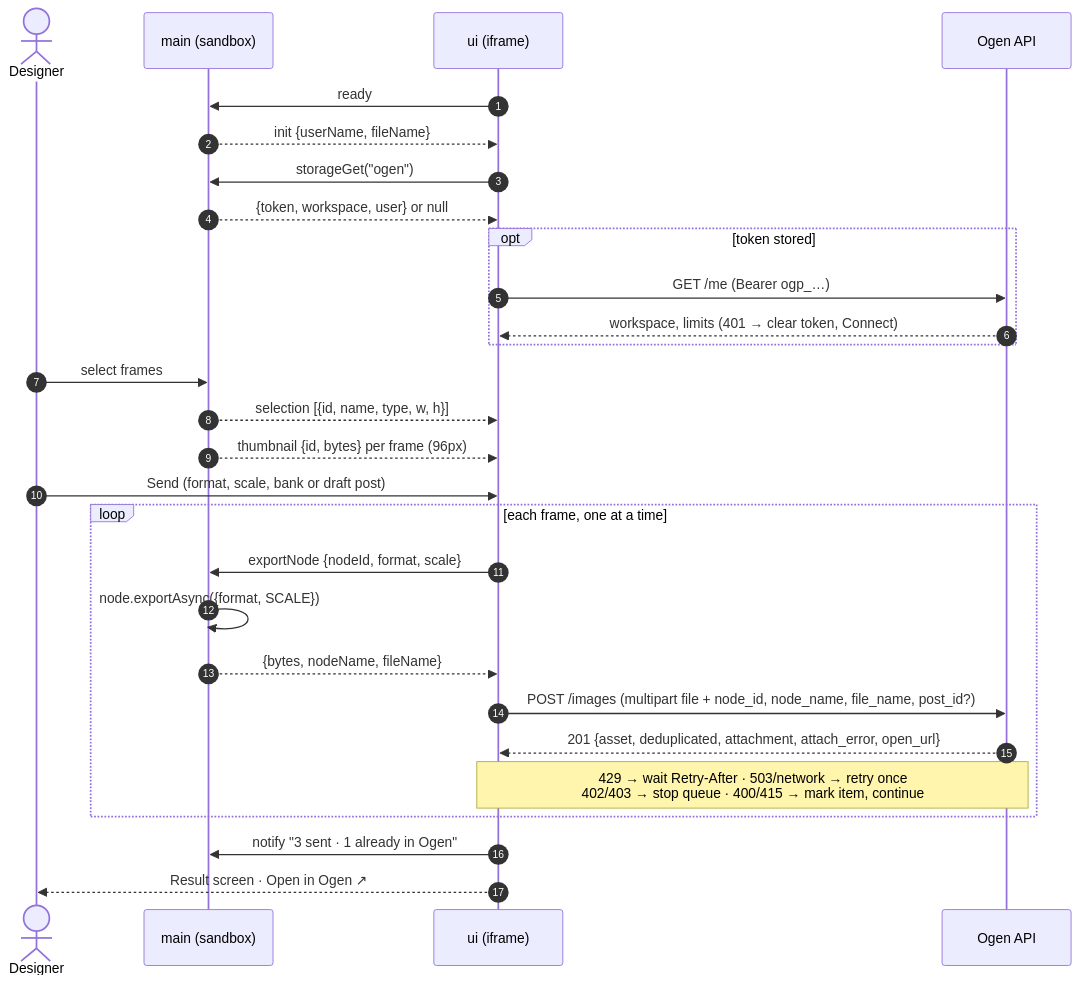
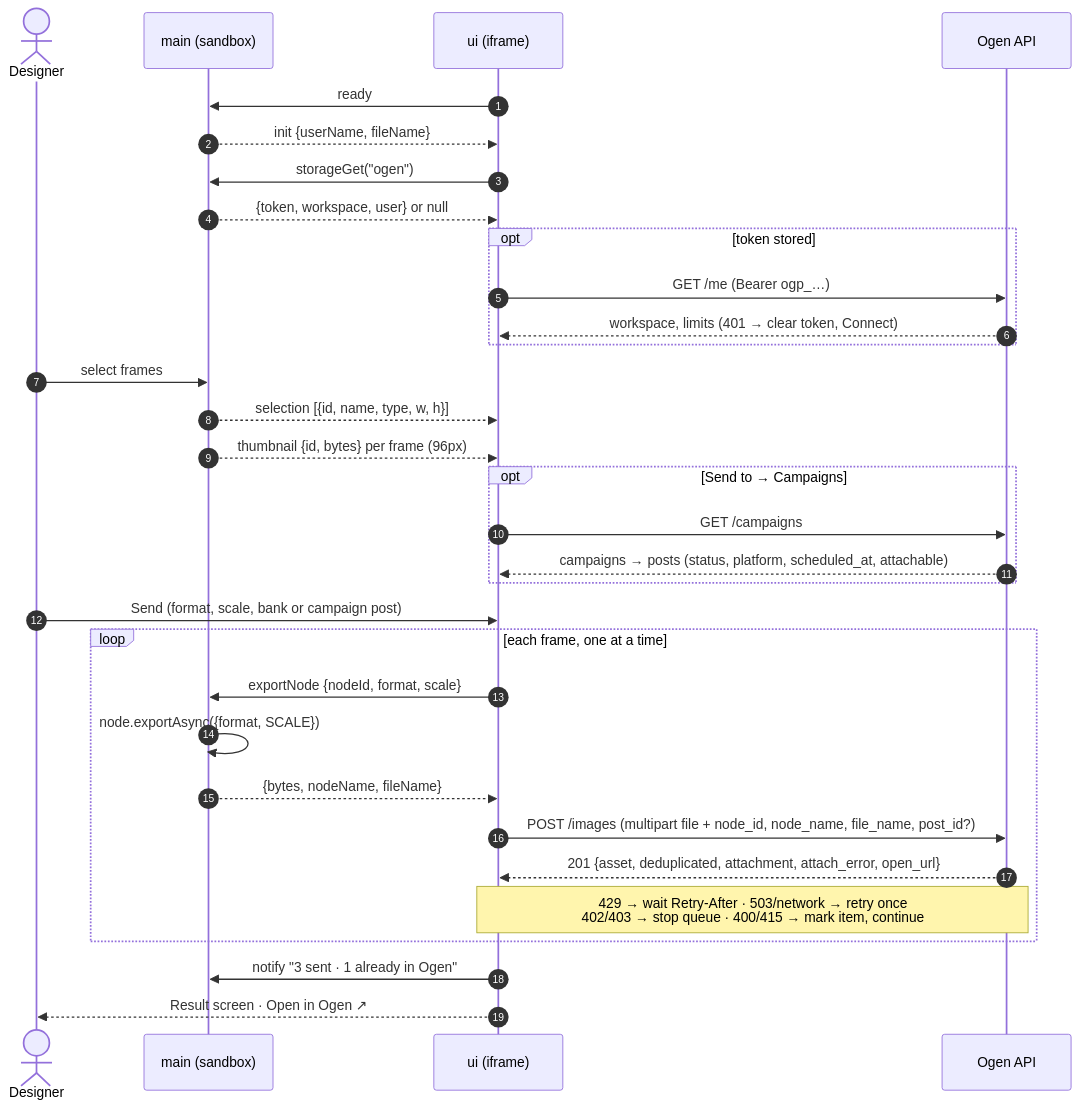
One commit to ogen-app/figma-plugin changed the first of 2 diagrams in README.md. Above: the diagram before and after it, drawn with Mermaid. The commit also changed other lines of this file and 16 other files, not shown here.

First line of the commit message:
CON-340: campaign tree in Send to (campaigns, posts by date, platform, status)

````diff
--- a/README.md
+++ b/README.md
@@ -96,33 +96,37 @@
 ```mermaid
 sequenceDiagram
     autonumber
     actor D as Designer
     participant M as main (sandbox)
     participant U as ui (iframe)
     participant API as Ogen API
 
     U->>M: ready
     M-->>U: init {userName, fileName}
     U->>M: storageGet("ogen")
     M-->>U: {token, workspace, user} or null
     opt token stored
         U->>API: GET /me (Bearer ogp_…)
         API-->>U: workspace, limits (401 → clear token, Connect)
     end
 
     D->>M: select frames
     M-->>U: selection [{id, name, type, w, h}]
     M-->>U: thumbnail {id, bytes} per frame (96px)
 
-    D->>U: Send (format, scale, bank or draft post)
+    opt Send to → Campaigns
+        U->>API: GET /campaigns
+        API-->>U: campaigns → posts (status, platform, scheduled_at, attachable)
+    end
+    D->>U: Send (format, scale, bank or campaign post)
     loop each frame, one at a time
         U->>M: exportNode {nodeId, format, scale}
         M->>M: node.exportAsync({format, SCALE})
         M-->>U: {bytes, nodeName, fileName}
         U->>API: POST /images (multipart file + node_id, node_name, file_name, post_id?)
         API-->>U: 201 {asset, deduplicated, attachment, attach_error, open_url}
         Note over U,API: 429 → wait Retry-After · 503/network → retry once<br/>402/403 → stop queue · 400/415 → mark item, continue
     end
     U->>M: notify "3 sent · 1 already in Ogen"
     U-->>D: Result screen · Open in Ogen ↗
 ```
````
